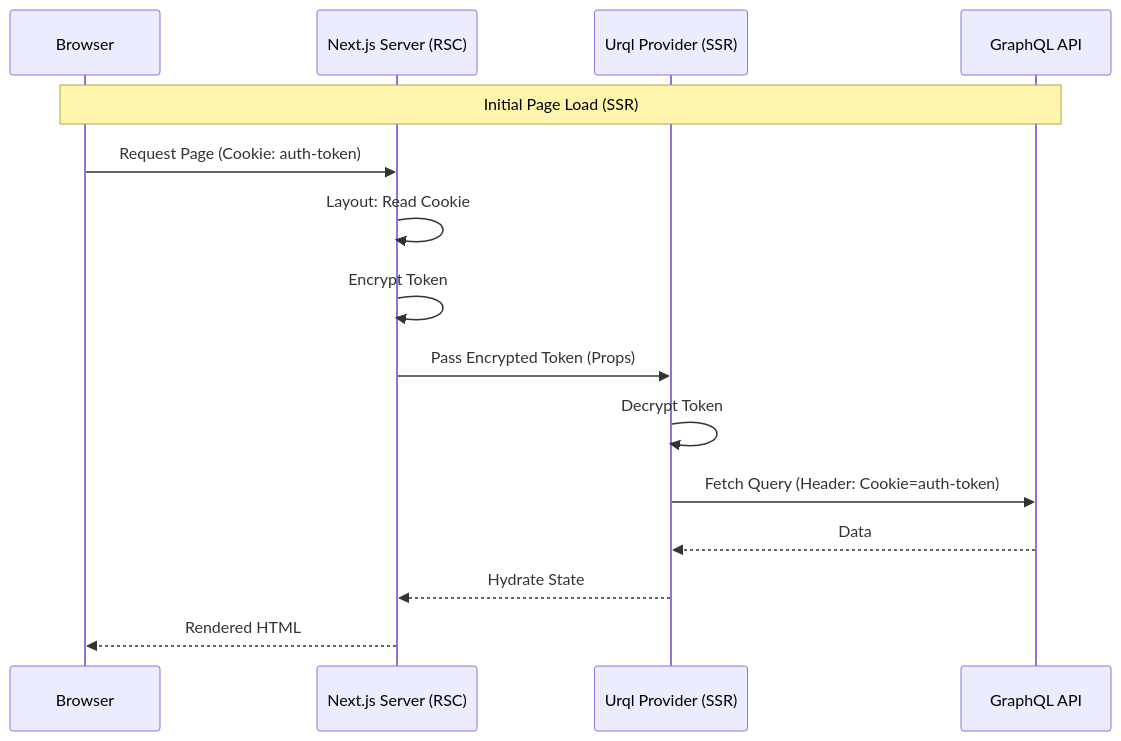
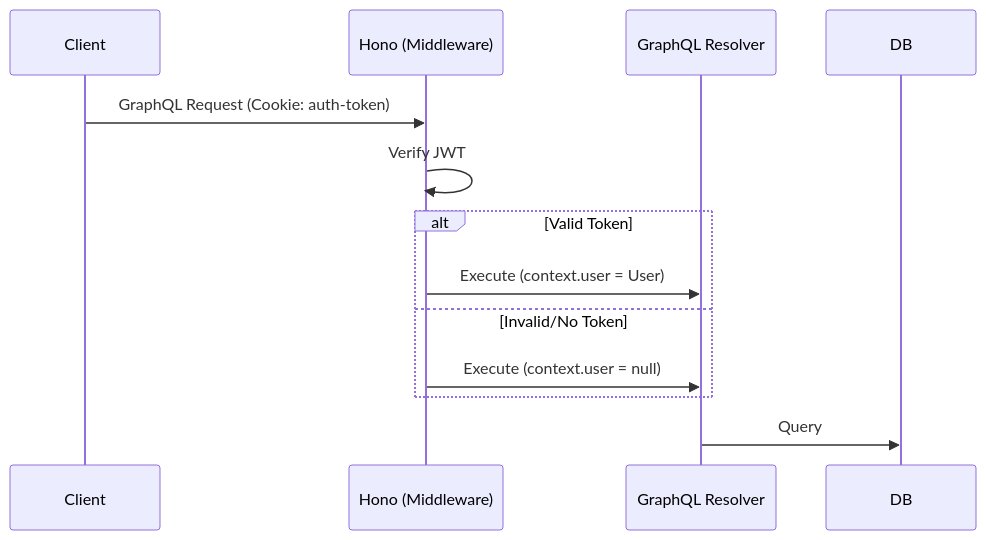
One commit to SoraKumo001/next-drizzle changed the third of 4 diagrams in README.md. Above: the diagram before and after it, drawn with Mermaid. The commit also changed other lines of this file, not shown here.

Commit message:
Docs: Enhance README with detailed authentication, authorization, SSR data fetching, and project structure.

````diff
--- a/README.md
+++ b/README.md
@@ -484,18 +466,16 @@
-      ```mermaid
-      sequenceDiagram
-          participant Browser
-          participant NextServer as Next.js Server (RSC)
-          participant UrqlProvider as Urql Provider (SSR)
-          participant API as GraphQL API
+```mermaid
+sequenceDiagram
+    participant Client
+    participant Hono as Hono (Middleware)
+    participant Resolver as GraphQL Resolver
+    participant DB
 
-          Note over Browser, API: Initial Page Load (SSR)
-          Browser->>NextServer: Request Page (Cookie: auth-token)
-          NextServer->>NextServer: Layout: Read Cookie
-          NextServer->>NextServer: Encrypt Token
-          NextServer->>UrqlProvider: Pass Encrypted Token (Props)
-          UrqlProvider->>UrqlProvider: Decrypt Token
-          UrqlProvider->>API: Fetch Query (Header: Cookie=auth-token)
-          API-->>UrqlProvider: Data
-          UrqlProvider-->>NextServer: Hydrate State
-          NextServer-->>Browser: Rendered HTML
-      ```
+    Client->>Hono: GraphQL Request (Cookie: auth-token)
+    Hono->>Hono: Verify JWT
+    alt Valid Token
+        Hono->>Resolver: Execute (context.user = User)
+    else Invalid/No Token
+        Hono->>Resolver: Execute (context.user = null)
+    end
+    Resolver->>DB: Query
+```
````
